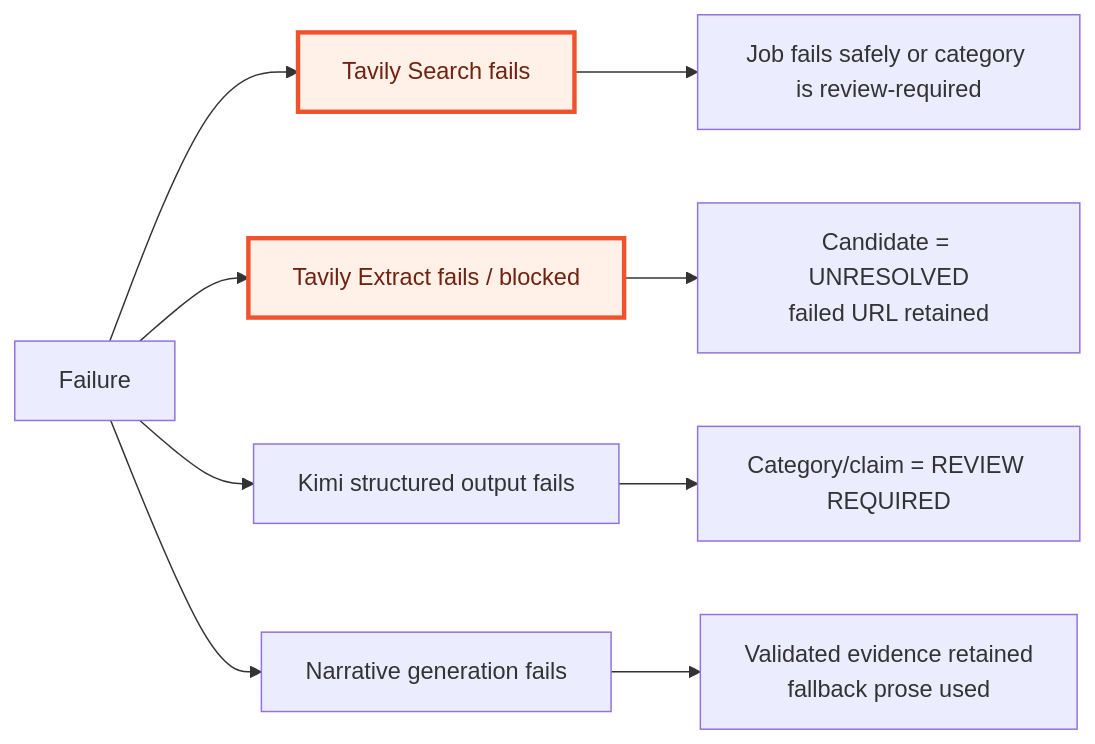
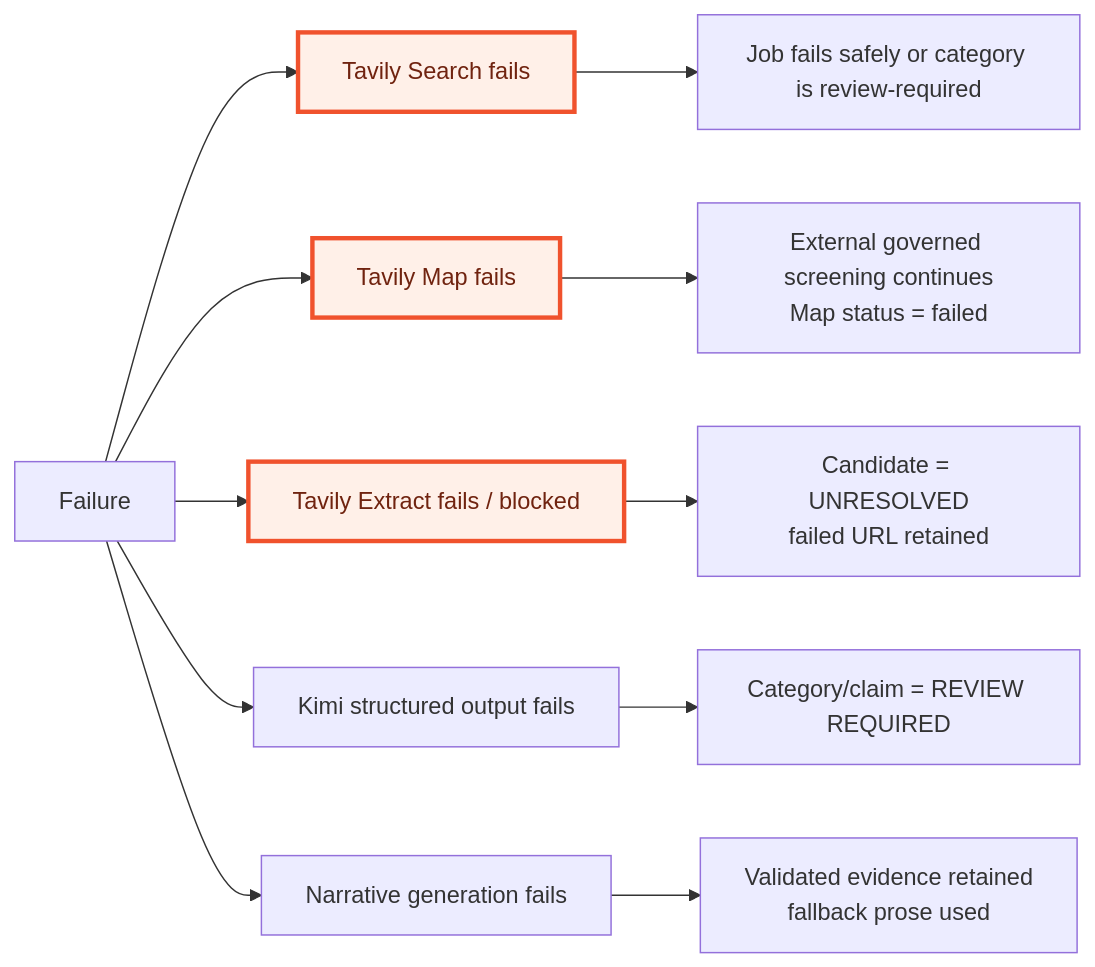
The fifth of 8 diagrams in docs/ARCHITECTURE.md (0xtigerclaw/deal_lens), drawn with Mermaid before and after one commit. The commit also changed other lines of this file and 33 other files, not shown here.

````diff
--- a/docs/ARCHITECTURE.md
+++ b/docs/ARCHITECTURE.md
@@ -145,15 +149,17 @@
 ```mermaid
 flowchart LR
     Failure["Failure"] --> Search["Tavily Search fails"]
+    Failure --> Map["Tavily Map fails"]
     Failure --> Extract["Tavily Extract fails / blocked"]
     Failure --> Model["Kimi structured output fails"]
     Failure --> Narrative["Narrative generation fails"]
 
     Search --> Job["Job fails safely or category is review-required"]
+    Map --> Continue["External governed screening continues<br/>Map status = failed"]
     Extract --> Unresolved["Candidate = UNRESOLVED<br/>failed URL retained"]
     Model --> Review["Category/claim = REVIEW REQUIRED"]
     Narrative --> Evidence["Validated evidence retained<br/>fallback prose used"]
 
     classDef tavily fill:#fff0e8,stroke:#f0522d,stroke-width:3px,color:#70230f
-    class Search,Extract tavily
+    class Search,Map,Extract tavily
 ```
````
